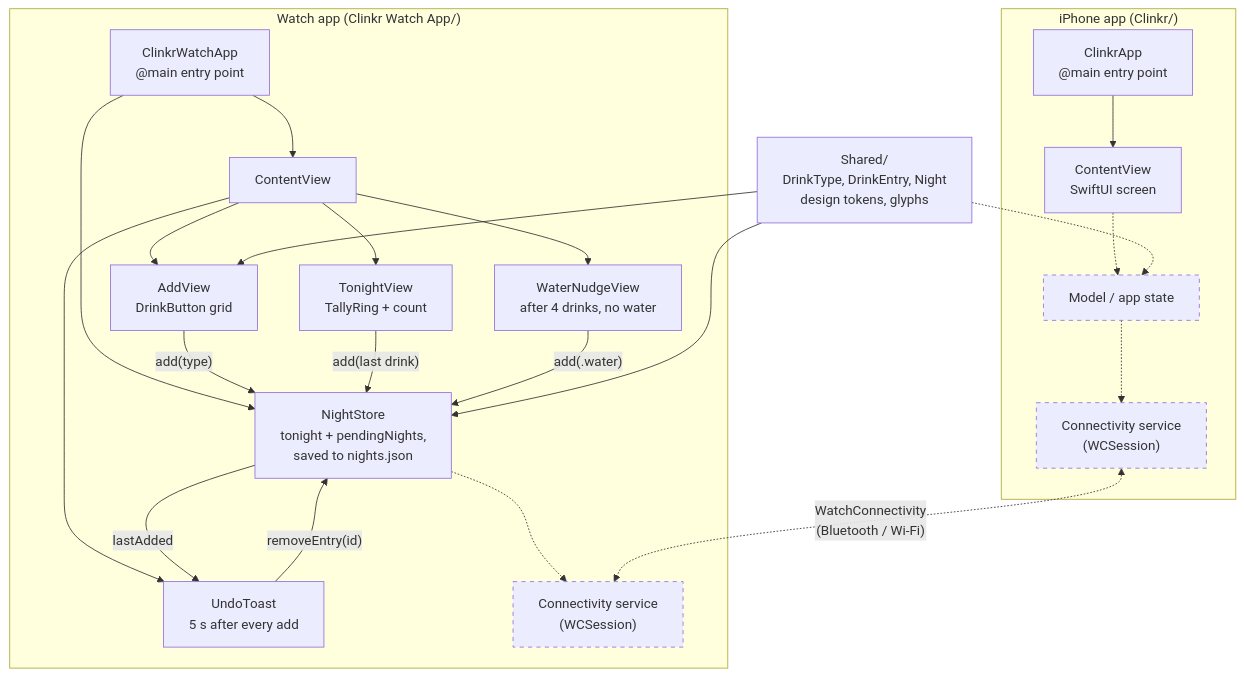
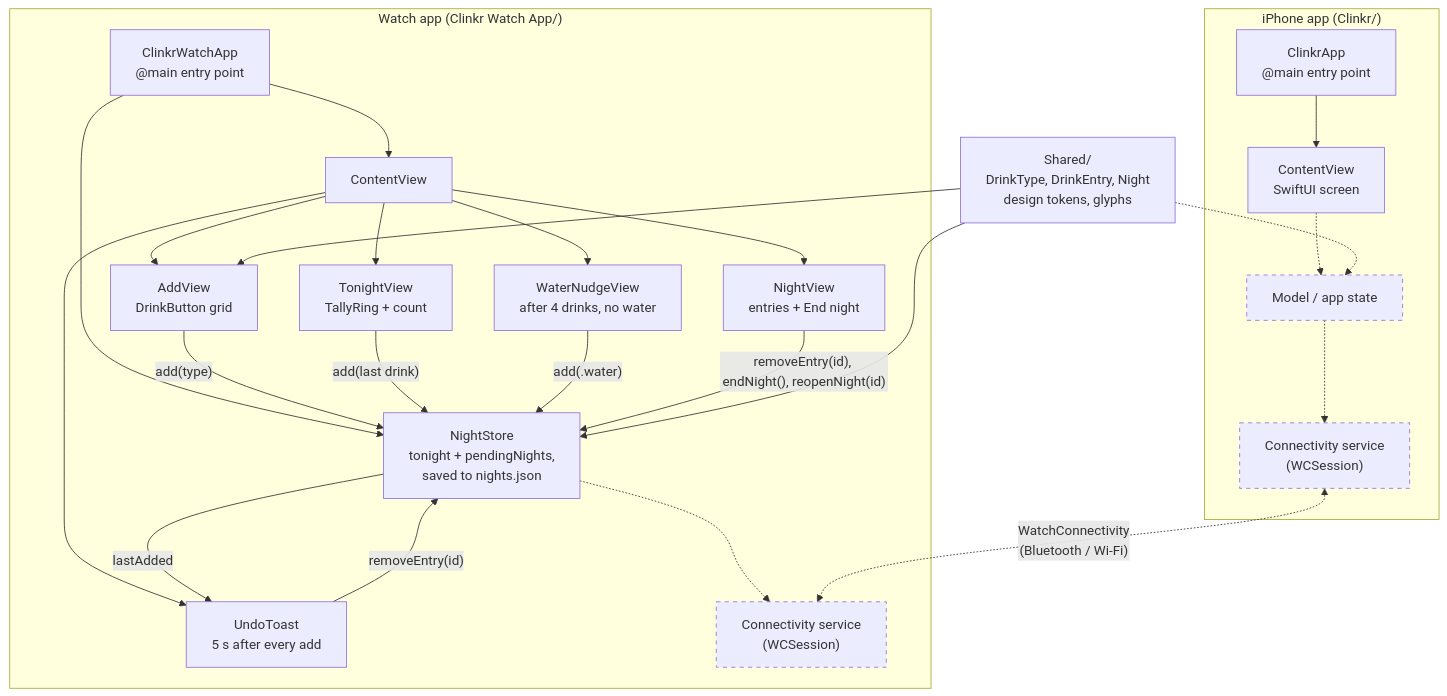
The second of 3 diagrams in docs/ARCHITECTURE.md (pablocolaiacovo/clink), drawn with Mermaid before and after one commit. The commit also changed other lines of this file and 14 other files, not shown here.

````diff
--- a/docs/ARCHITECTURE.md
+++ b/docs/ARCHITECTURE.md
@@ -34,36 +34,38 @@
 ```mermaid
 flowchart TB
     subgraph phone["iPhone app (Clinkr/)"]
         pApp["ClinkrApp<br/>@main entry point"] --> pView["ContentView<br/>SwiftUI screen"]
         pModel["Model / app state"]:::planned
         pSync["Connectivity service<br/>(WCSession)"]:::planned
         pView -.-> pModel
         pModel -.-> pSync
     end
 
     subgraph watch["Watch app (Clinkr Watch App/)"]
         wApp["ClinkrWatchApp<br/>@main entry point"] --> wView["ContentView"]
         wView --> wTonight["TonightView<br/>TallyRing + count"]
         wView --> wAdd["AddView<br/>DrinkButton grid"]
         wView --> wToast["UndoToast<br/>5 s after every add"]
         wView --> wNudge["WaterNudgeView<br/>after 4 drinks, no water"]
+        wView --> wNight["NightView<br/>entries + End night"]
         wModel["NightStore<br/>tonight + pendingNights,<br/>saved to nights.json"]
         wSync["Connectivity service<br/>(WCSession)"]:::planned
         wApp --> wModel
         wAdd -- "add(type)" --> wModel
         wTonight -- "add(last drink)" --> wModel
         wModel -- "lastAdded" --> wToast
         wToast -- "removeEntry(id)" --> wModel
         wNudge -- "add(.water)" --> wModel
+        wNight -- "removeEntry(id), endNight(), reopenNight(id)" --> wModel
         wModel -.-> wSync
     end
 
     shared["Shared/<br/>DrinkType, DrinkEntry, Night<br/>design tokens, glyphs"]
     shared -.-> pModel
     shared --> wModel
     shared --> wAdd
 
     pSync <-. "WatchConnectivity<br/>(Bluetooth / Wi-Fi)" .-> wSync
 
     classDef planned stroke-dasharray: 5 5
 ```
````
